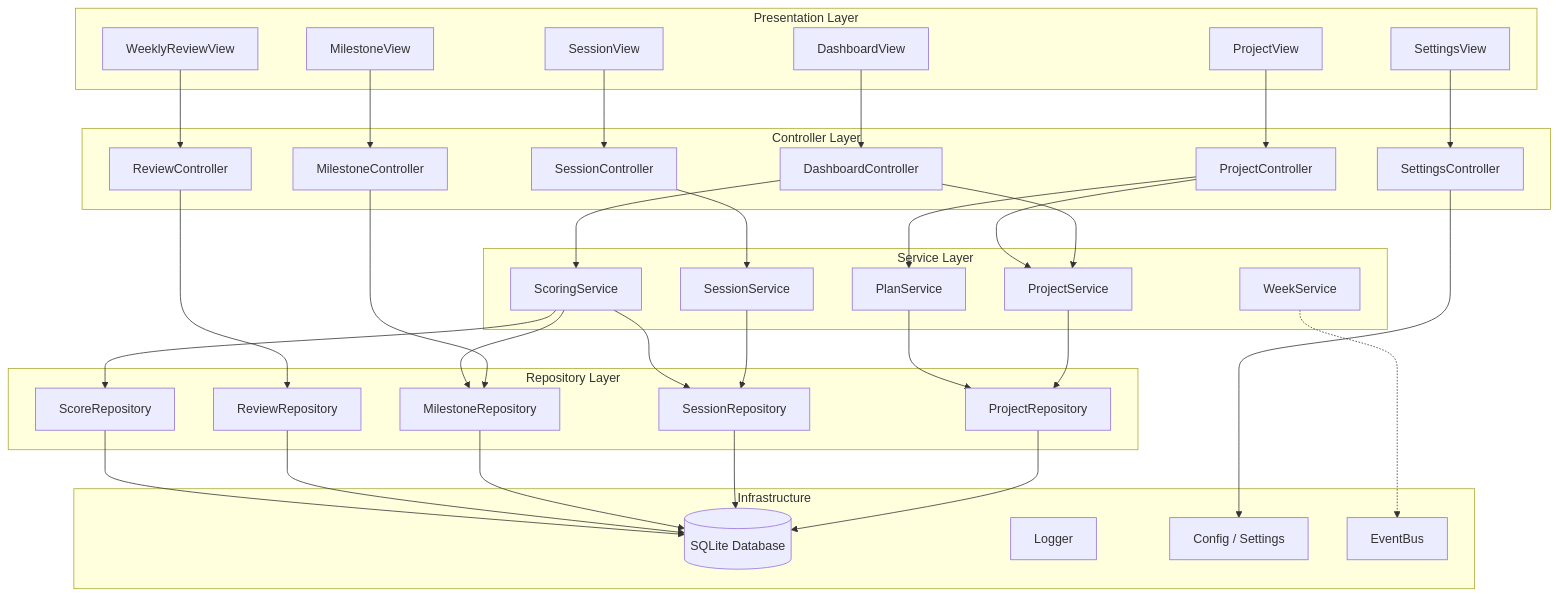
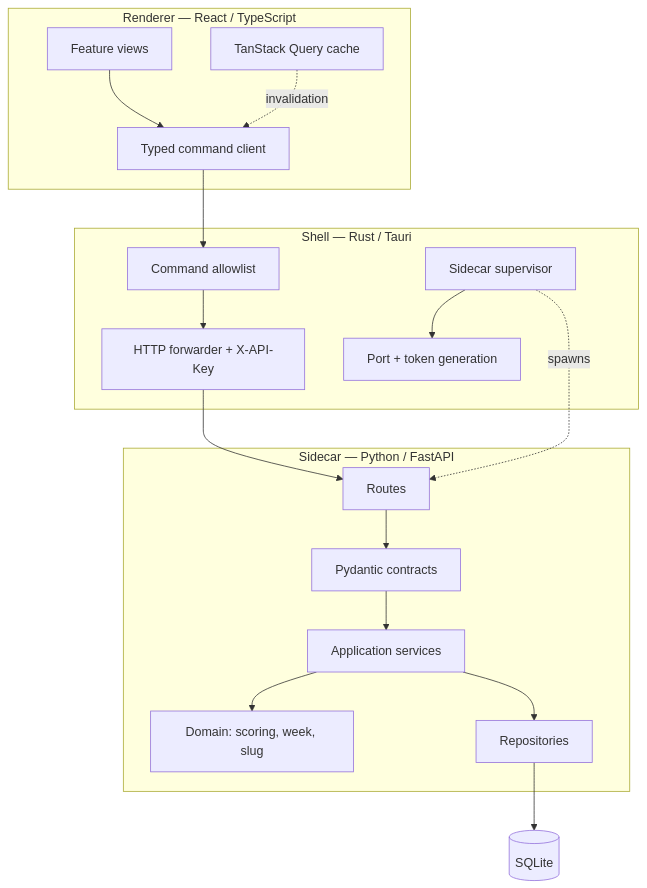
One commit to mattbriggs/personal-project-portfolio changed the first of 5 diagrams in site/src/architecture.md. Above: the diagram before and after it, drawn with Mermaid. The commit also changed other lines of this file and 84 other files, not shown here.

````diff
--- a/site/src/architecture.md
+++ b/site/src/architecture.md
@@ -7,73 +25,32 @@
 ```mermaid
 graph TD
-    subgraph "Presentation Layer"
-        V1[DashboardView]
-        V2[SessionView]
-        V3[ProjectView]
-        V4[MilestoneView]
-        V5[WeeklyReviewView]
-        V6[SettingsView]
+    subgraph "Renderer — React / TypeScript"
+        UI[Feature views]
+        CC[Typed command client]
+        Q[TanStack Query cache]
     end
 
-    subgraph "Controller Layer"
-        C1[DashboardController]
-        C2[SessionController]
-        C3[ProjectController]
-        C4[MilestoneController]
-        C5[ReviewController]
-        C6[SettingsController]
+    subgraph "Shell — Rust / Tauri"
+        CMD[Command allowlist]
+        FWD[HTTP forwarder + X-API-Key]
+        SUP[Sidecar supervisor]
+        SEC[Port + token generation]
     end
 
-    subgraph "Service Layer"
-        S1[ProjectService]
-        S2[SessionService]
-        S3[ScoringService]
-        S4[PlanService]
-        S5[WeekService]
+    subgraph "Sidecar — Python / FastAPI"
+        RT[Routes]
+        CON[Pydantic contracts]
+        SVC[Application services]
+        DOM[Domain: scoring, week, slug]
+        REPO[Repositories]
     end
 
-    subgraph "Repository Layer"
-        R1[ProjectRepository]
-        R2[SessionRepository]
-        R3[MilestoneRepository]
-        R4[ReviewRepository]
-        R5[ScoreRepository]
-    end
+    DB[(SQLite)]
 
-    subgraph "Infrastructure"
-        DB[(SQLite Database)]
-        LOG[Logger]
-        CFG[Config / Settings]
-        BUS[EventBus]
-    end
-
-    V1 --> C1
-    V2 --> C2
-    V3 --> C3
-    V4 --> C4
-    V5 --> C5
-    V6 --> C6
-
-    C1 --> S1
-    C1 --> S3
-    C2 --> S2
-    C3 --> S1
-    C3 --> S4
-    C4 --> R3
-    C5 --> R4
-    C6 --> CFG
-
-    S1 --> R1
-    S2 --> R2
-    S3 --> R2
-    S3 --> R3
-    S3 --> R5
-    S4 --> R1
-    S5 -.-> BUS
-
-    R1 --> DB
-    R2 --> DB
-    R3 --> DB
-    R4 --> DB
-    R5 --> DB
+    UI --> CC --> CMD --> FWD --> RT
+    Q -.invalidation.-> CC
+    SUP --> SEC
+    SUP -.spawns.-> RT
+    RT --> CON --> SVC --> DOM
+    SVC --> REPO --> DB
 ```
````
